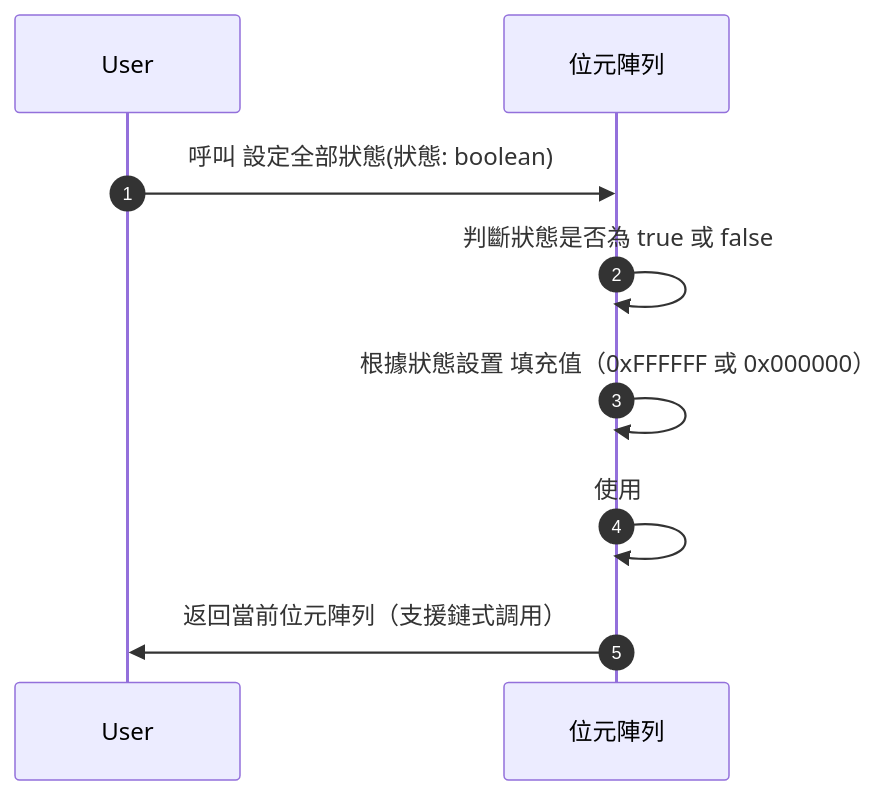
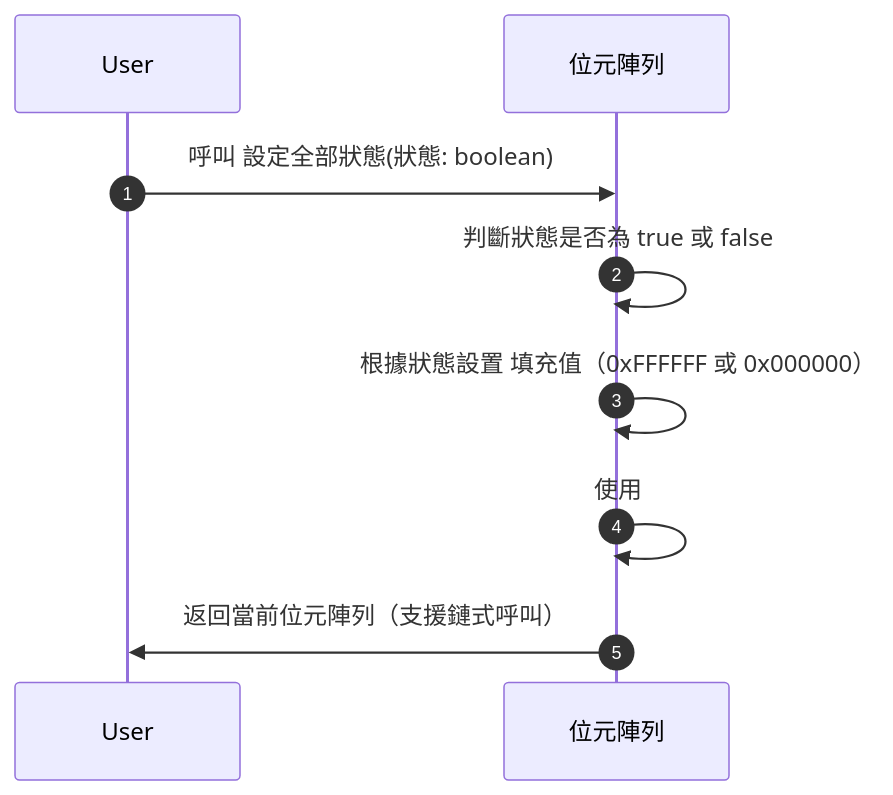
The ninth of 17 diagrams in docs/位元陣列.md (leoshiang/dx-core), drawn with Mermaid before and after one commit. The commit also changed other lines of this file and 1 other file, not shown here.

````diff
--- a/docs/位元陣列.md
+++ b/docs/位元陣列.md
@@ -554,11 +510,11 @@
 ```mermaid
 sequenceDiagram
     autoNumber
     participant User
     participant 位元陣列
     User->>位元陣列: 呼叫 設定全部狀態(狀態: boolean)
     位元陣列->>位元陣列: 判斷狀態是否為 true 或 false
     位元陣列->>位元陣列: 根據狀態設置 填充值（0xFFFFFF 或 0x000000）
     位元陣列->>位元陣列: 使用 #頁面.fill(填充值) 完全覆蓋頁面內容
-    位元陣列->>User: 返回當前位元陣列（支援鏈式調用）
+    位元陣列->>User: 返回當前位元陣列（支援鏈式呼叫）
 ```
````
